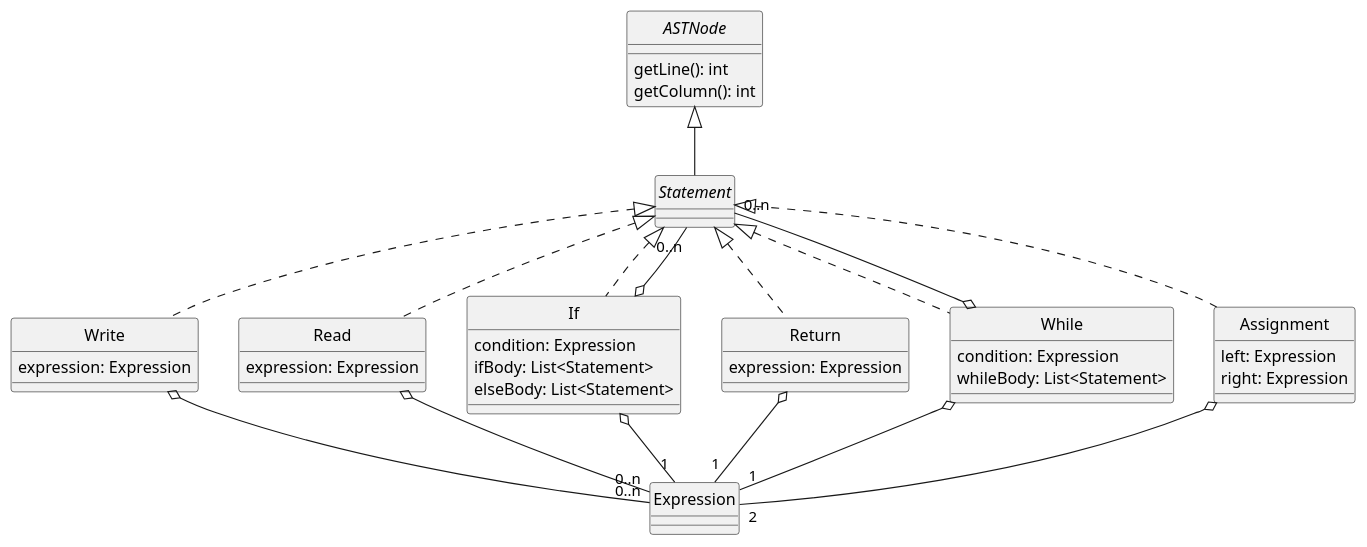
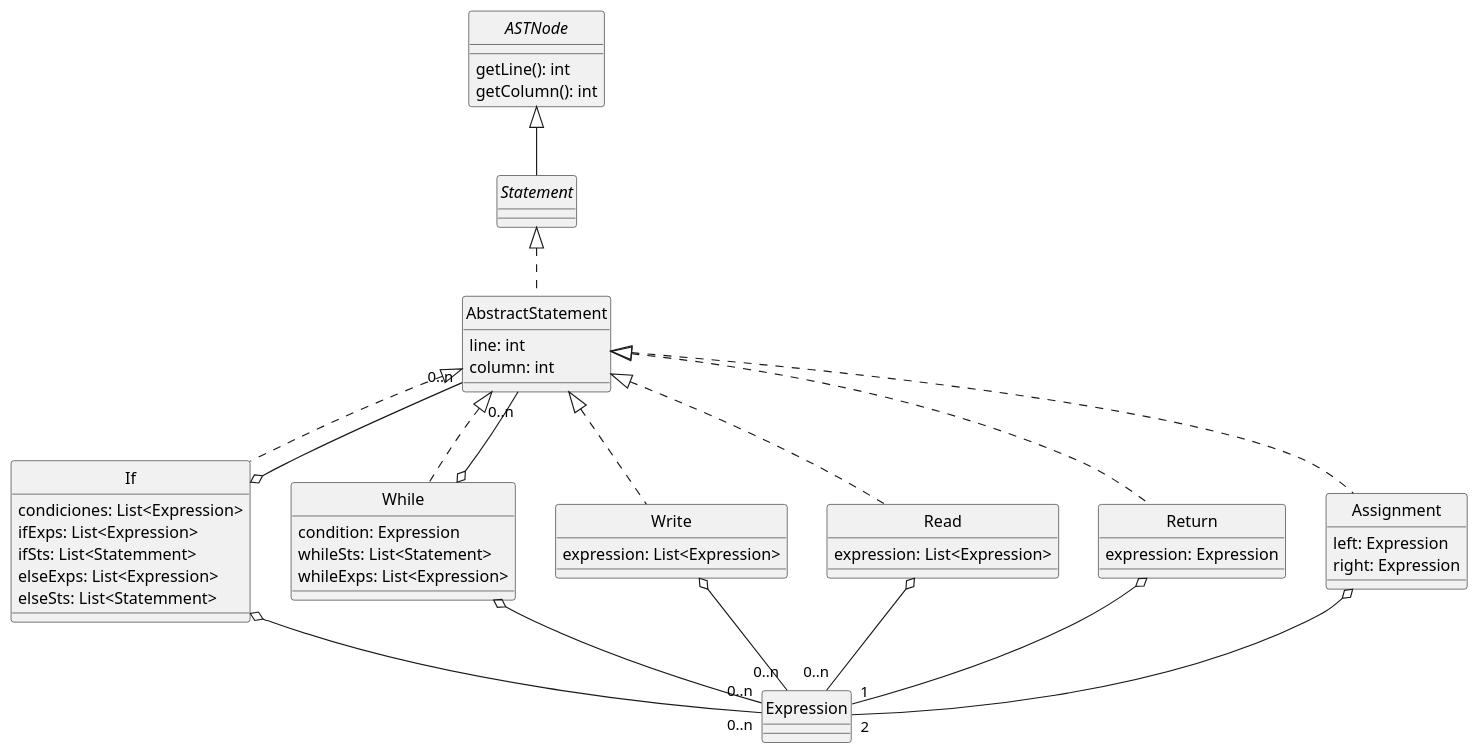
The diagram in docs/diagrams/statements.plantuml (uo277516/dlp-compiler), drawn with PlantUML before and after one commit. The commit also changed 38 other files, not shown here.

Commit message:
Diagramas actualizados

```diff
--- a/docs/diagrams/statements.plantuml
+++ b/docs/diagrams/statements.plantuml
@@ -1,69 +1,78 @@
 @startuml Statements
 skinparam style strictuml
 skinparam monochrome true
 
 
 interface ASTNode {
     getLine(): int
     getColumn(): int
 }
 
 
 interface Statement
 
 class Write {
-    expression: Expression
+    expression: List<Expression>
 }
 
 class Read {
-    expression: Expression
+    expression: List<Expression>
 }
 
 class If {
-    condition: Expression
-    ifBody: List<Statement>
-    elseBody: List<Statement>
+     condiciones: List<Expression>
+        ifExps: List<Expression>
+        ifSts: List<Statemment>
+        elseExps: List<Expression>
+        elseSts: List<Statemment>
 }
 
 class Return {
     expression: Expression
 }
 
 class While {
     condition: Expression
-    whileBody: List<Statement>
+    whileSts: List<Statement>
+    whileExps: List<Expression>
+}
+
+class AbstractStatement {
+    line: int
+    column: int
 }
 
 class Assignment {
     left: Expression
     right: Expression
 }
 
 
+Statement <|.. AbstractStatement
 
 
 ASTNode <|-- Statement
-Statement <|.. If
-Statement <|.. Write
-Statement <|.. Return
-Statement <|.. While
-Statement <|.. Read
+AbstractStatement <|.. If
+AbstractStatement <|.. Write
+AbstractStatement <|.. Return
+AbstractStatement <|.. While
+AbstractStatement <|.. Read
 
 
-If o-- "1" Expression
-If o-- "0..n" Statement
+If o-- "0..n" Expression
+If o-- "0..n" AbstractStatement
 
-While o-- "1" Expression
-While o-- "0..n" Statement
+While o-- "0..n" Expression
+While o-- "0..n" AbstractStatement
 
 Write o-- "0..n" Expression
 Read o-- "0..n" Expression
 
 Return o-- "1" Expression
 
 
-Statement <|.. Assignment
+AbstractStatement <|.. Assignment
 Assignment o-- "2" Expression
 
 
 @enduml
```
